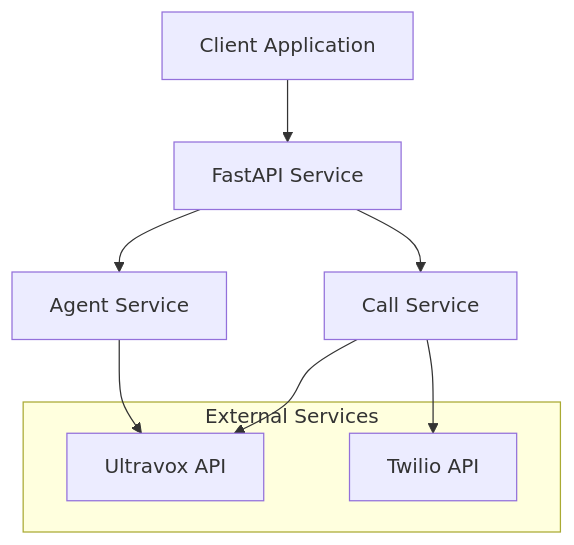
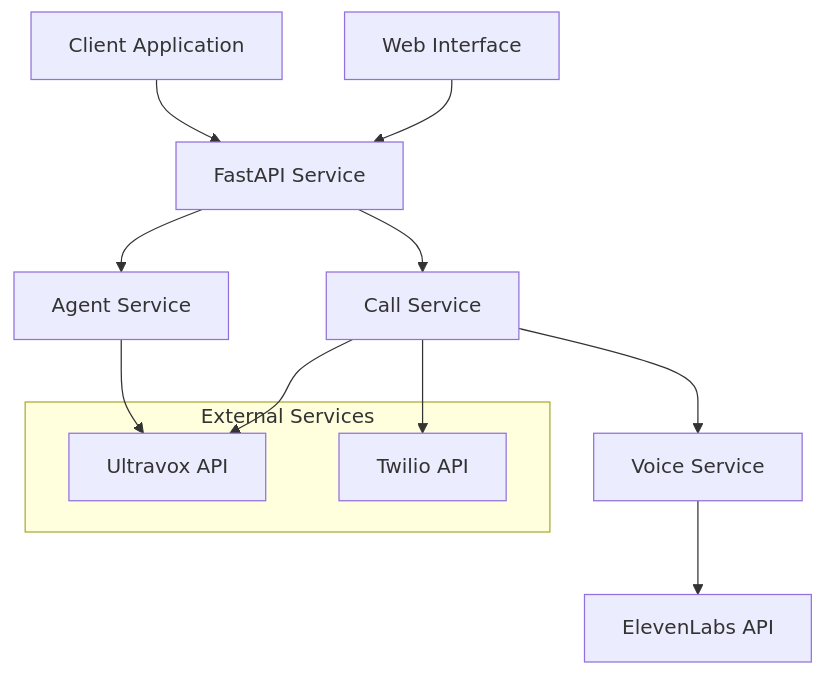
One commit to bdevz/ultravox-twilio-integration changed the diagram in README.md. Above: the diagram before and after it, drawn with Mermaid. The commit also changed other lines of this file and 44 other files, not shown here.

````diff
--- a/README.md
+++ b/README.md
@@ -21,15 +23,18 @@
 ```mermaid
 graph TB
     Client[Client Application] --> API[FastAPI Service]
+    WebUI[Web Interface] --> API
     API --> AgentService[Agent Service]
     API --> CallService[Call Service]
     
     AgentService --> UltravoxAPI[Ultravox API]
     CallService --> TwilioAPI[Twilio API]
+    CallService --> VoiceService[Voice Service]
+    VoiceService --> ElevenLabsAPI[ElevenLabs API]
     CallService --> UltravoxAPI
     
     subgraph "External Services"
         UltravoxAPI
         TwilioAPI
     end
 ```
````
